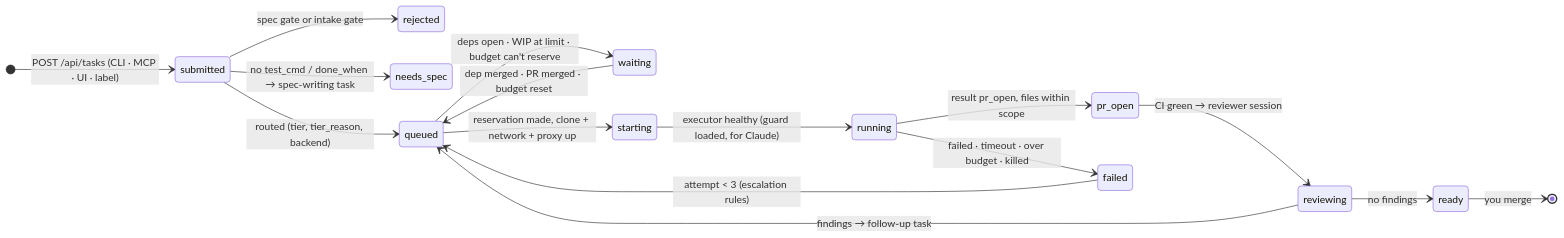
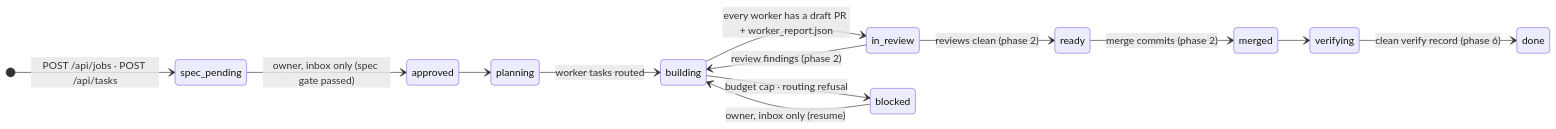
Before and after one commit to alienvisitor8675-bit/vigil: the second of 3 diagrams in docs/architecture.md, drawn with Mermaid. The commit also changed other lines of this file and 174 other files, not shown here.

````diff
--- a/docs/architecture.md
+++ b/docs/architecture.md
@@ -157,19 +169,16 @@
 ```mermaid
 stateDiagram-v2
   direction LR
-  [*] --> submitted: POST /api/tasks (CLI · MCP · UI · label)
-  submitted --> rejected: spec gate or intake gate
-  submitted --> needs_spec: no test_cmd / done_when → spec-writing task
-  submitted --> queued: routed (tier, tier_reason, backend)
-  queued --> waiting: deps open · WIP at limit · budget can't reserve
-  waiting --> queued: dep merged · PR merged · budget reset
-  queued --> starting: reservation made, clone + network + proxy up
-  starting --> running: executor healthy (guard loaded, for Claude)
-  running --> pr_open: result pr_open, files within scope
-  running --> failed: failed · timeout · over budget · killed
-  failed --> queued: attempt < 3 (escalation rules)
-  pr_open --> reviewing: CI green → reviewer session
-  reviewing --> ready: no findings
-  reviewing --> queued: findings → follow-up task
-  ready --> [*]: you merge
+  [*] --> spec_pending: POST /api/jobs · POST /api/tasks
+  spec_pending --> approved: owner, inbox only (spec gate passed)
+  approved --> planning
+  planning --> building: worker tasks routed
+  building --> in_review: every worker has a draft PR + worker_report.json
+  in_review --> building: review findings (phase 2)
+  in_review --> ready: reviews clean (phase 2)
+  ready --> merged: merge commits (phase 2)
+  merged --> verifying
+  verifying --> done: clean verify record (phase 6)
+  building --> blocked: budget cap · routing refusal
+  blocked --> building: owner, inbox only (resume)
 ```
````
